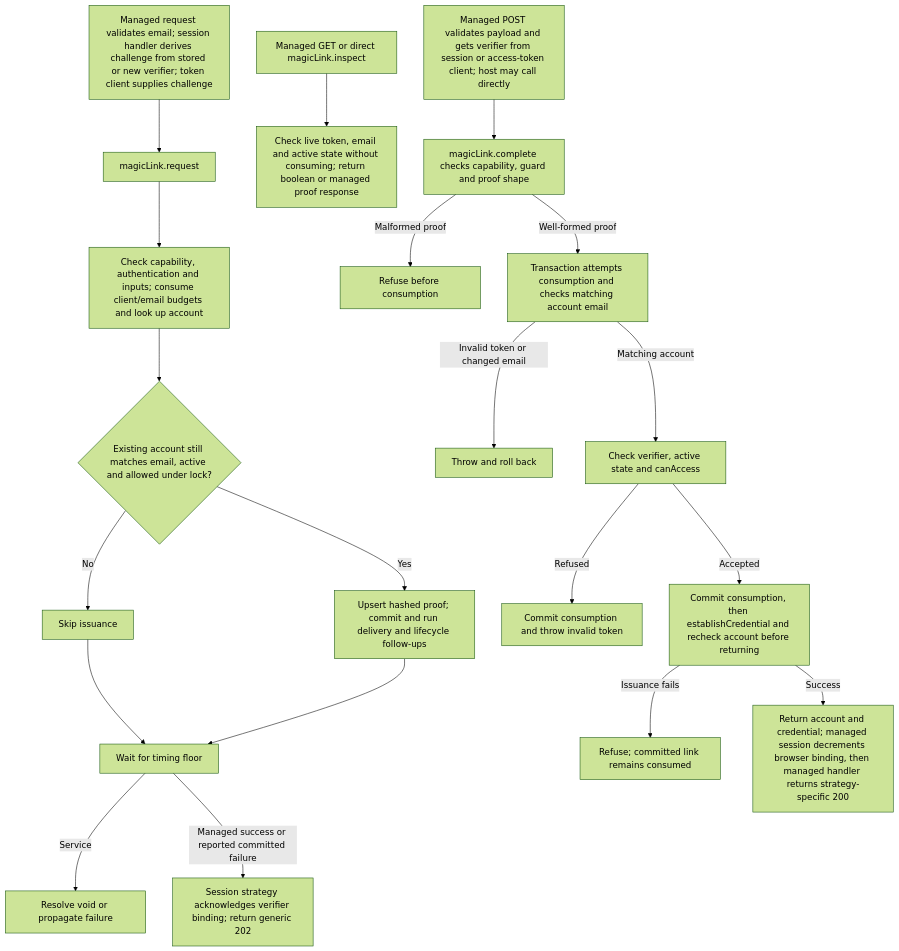
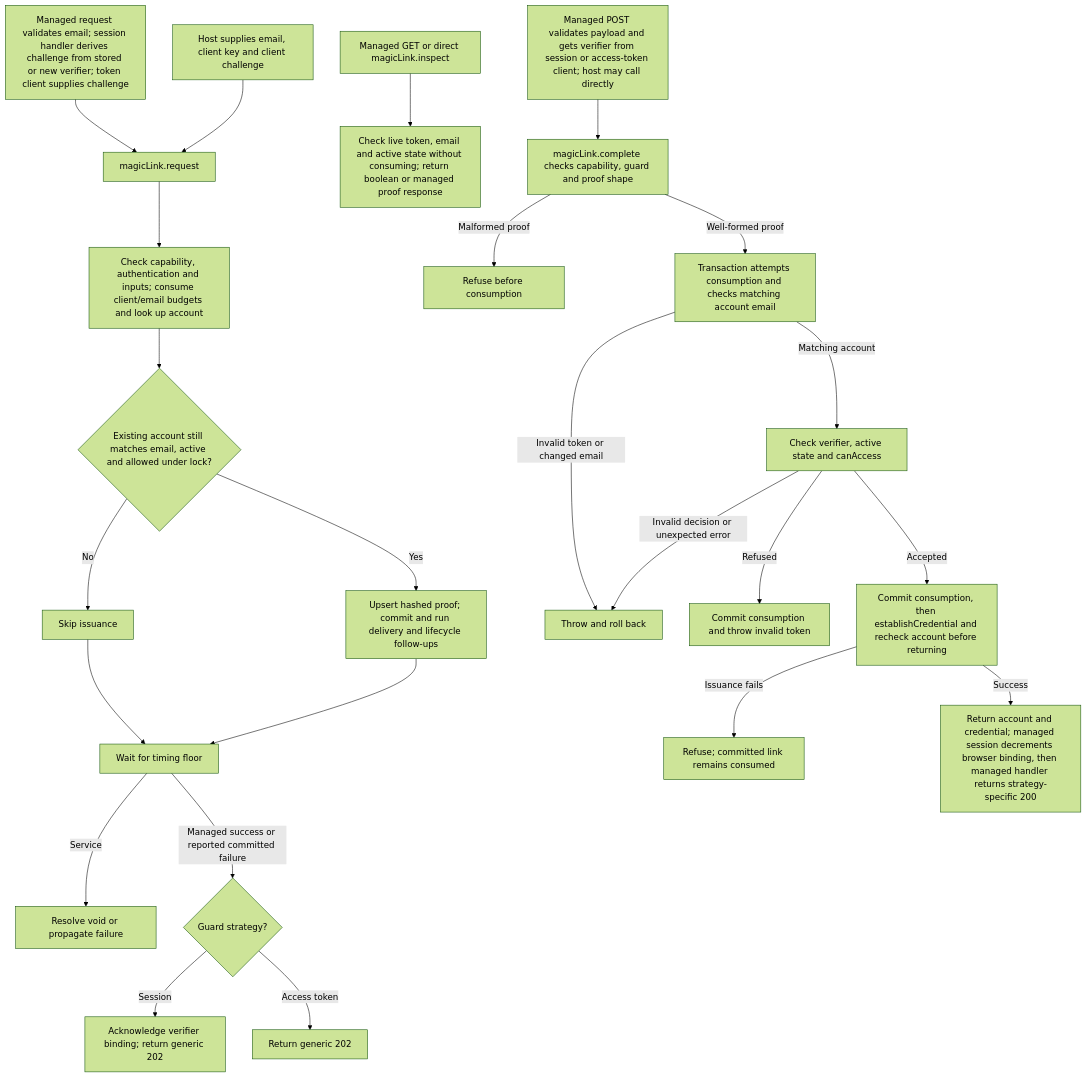
The second of 2 diagrams in user-stories/US-ACCOUNT-13-magic-link.md (Kevinjohn/oss-adonisjs-account-kit), drawn with Mermaid (forest theme) before and after one commit. The commit also changed other lines of this file and 42 other files, not shown here.

````diff
--- a/user-stories/US-ACCOUNT-13-magic-link.md
+++ b/user-stories/US-ACCOUNT-13-magic-link.md
@@ -37,22 +41,26 @@
 ```mermaid
 flowchart TD
   M["Managed request validates email; session handler derives challenge from stored or new verifier; token client supplies challenge"] --> A["magicLink.request"]
+  H0["Host supplies email, client key and client challenge"] --> A
   A --> B["Check capability, authentication and inputs; consume client/email budgets and look up account"]
   B --> C{"Existing account still matches email, active and allowed under lock?"}
   C -->|No| K["Skip issuance"]
   C -->|Yes| T["Upsert hashed proof; commit and run delivery and lifecycle follow-ups"]
   K --> Z["Wait for timing floor"]
   T --> Z
   Z -->|Service| O["Resolve void or propagate failure"]
-  Z -->|Managed success or reported committed failure| N["Session strategy acknowledges verifier binding; return generic 202"]
+  Z -->|Managed success or reported committed failure| Q0{"Guard strategy?"}
+  Q0 -->|Session| N["Acknowledge verifier binding; return generic 202"]
+  Q0 -->|Access token| N2["Return generic 202"]
   I["Managed GET or direct magicLink.inspect"] --> J["Check live token, email and active state without consuming; return boolean or managed proof response"]
   W["Managed POST validates payload and gets verifier from session or access-token client; host may call directly"] --> R["magicLink.complete checks capability, guard and proof shape"]
   R -->|Malformed proof| X["Refuse before consumption"]
   R -->|Well-formed proof| S["Transaction attempts consumption and checks matching account email"]
   S -->|Invalid token or changed email| Y["Throw and roll back"]
   S -->|Matching account| V["Check verifier, active state and canAccess"]
   V -->|Refused| U["Commit consumption and throw invalid token"]
+  V -->|Invalid decision or unexpected error| Y
   V -->|Accepted| C2["Commit consumption, then establishCredential and recheck account before returning"]
   C2 -->|Issuance fails| CF["Refuse; committed link remains consumed"]
   C2 -->|Success| CF2["Return account and credential; managed session decrements browser binding, then managed handler returns strategy-specific 200"]
 ```
````
